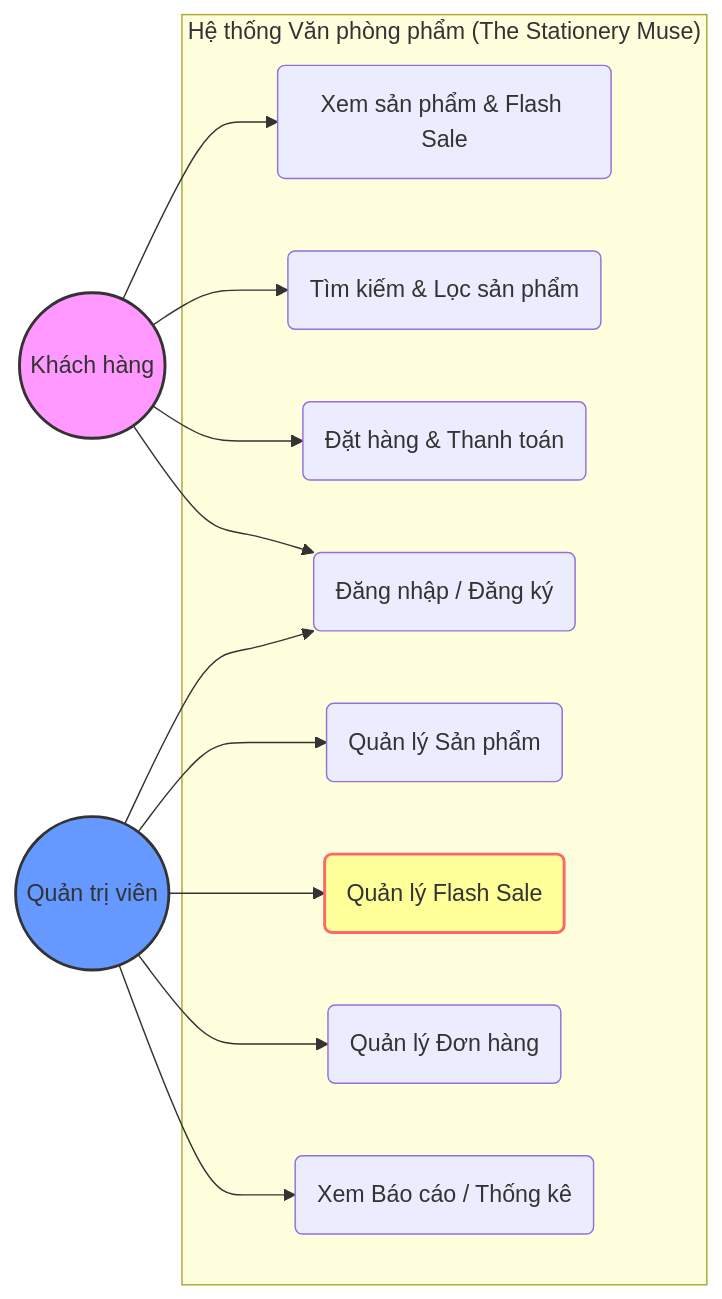
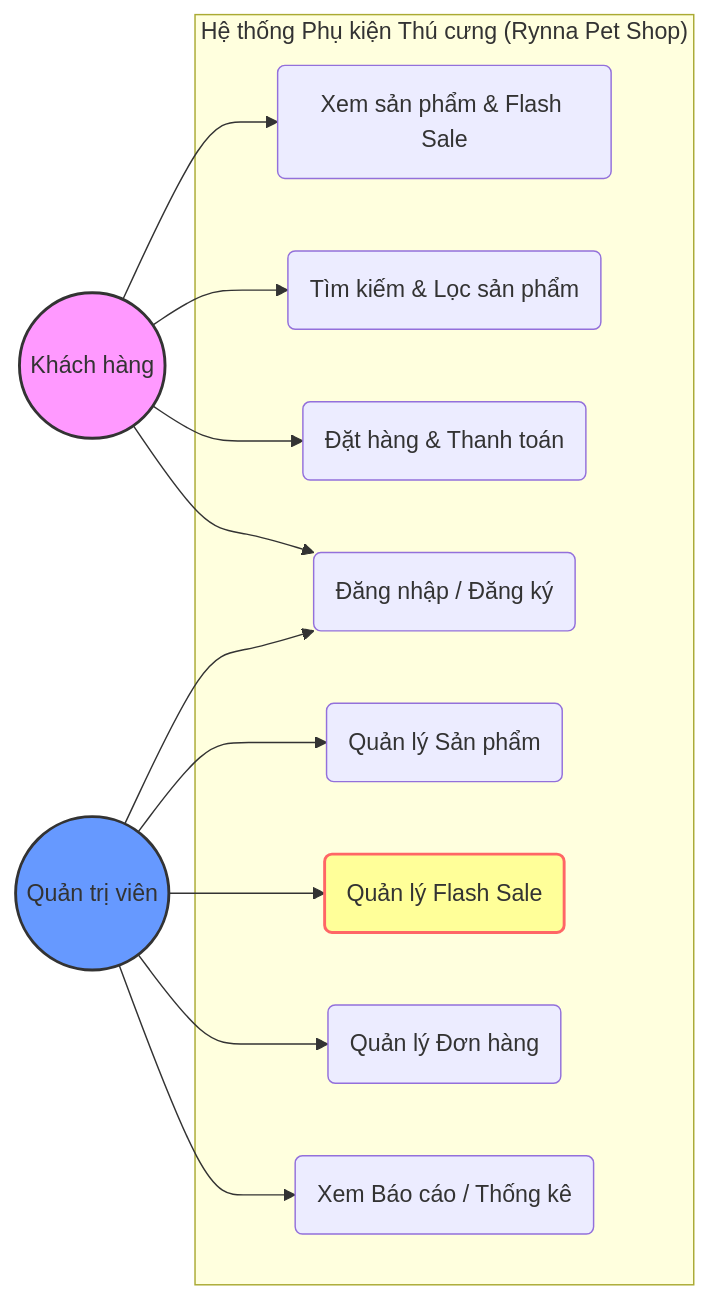
One commit to MOS-dev-dev/RynnaStationery changed the first of 3 diagrams in ARCHITECTURE.md. Above: the diagram before and after it, drawn with Mermaid. The commit also changed other lines of this file and 5 other files, not shown here.

````diff
--- a/ARCHITECTURE.md
+++ b/ARCHITECTURE.md
@@ -19,31 +19,31 @@
 ```mermaid
 graph LR
-    subgraph "Hệ thống Văn phòng phẩm (The Stationery Muse)"
+    subgraph "Hệ thống Phụ kiện Thú cưng (Rynna Pet Shop)"
         UC1(Xem sản phẩm & Flash Sale)
         UC2(Tìm kiếm & Lọc sản phẩm)
         UC3(Đặt hàng & Thanh toán)
         UC4(Đăng nhập / Đăng ký)
         UC5(Quản lý Sản phẩm)
         UC6(Quản lý Flash Sale)
         UC7(Quản lý Đơn hàng)
         UC8(Xem Báo cáo / Thống kê)
     end
 
     Customer((Khách hàng))
     Admin((Quản trị viên))
 
     Customer --> UC1
     Customer --> UC2
     Customer --> UC3
     Customer --> UC4
 
     Admin --> UC4
     Admin --> UC5
     Admin --> UC6
     Admin --> UC7
     Admin --> UC8
 
     style Customer fill:#f9f,stroke:#333,stroke-width:2px
     style Admin fill:#69f,stroke:#333,stroke-width:2px
     style UC6 fill:#ff9,stroke:#f66,stroke-width:2px
 ```
````
